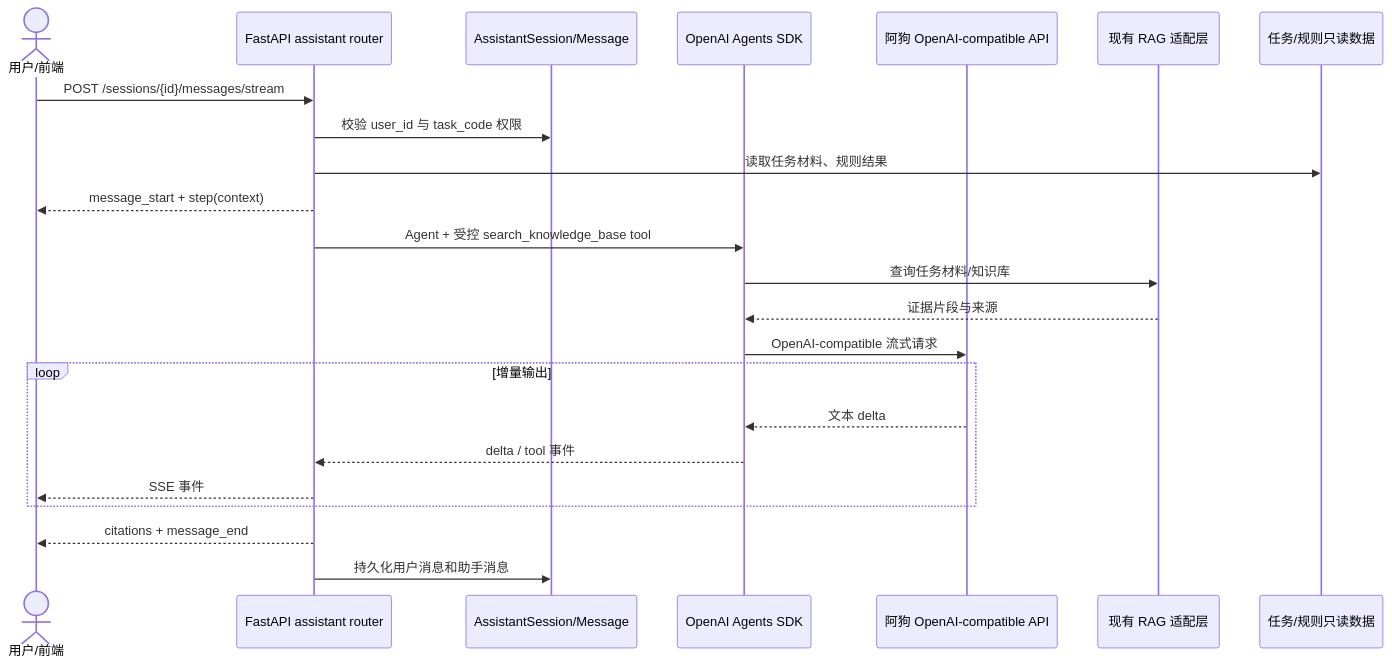
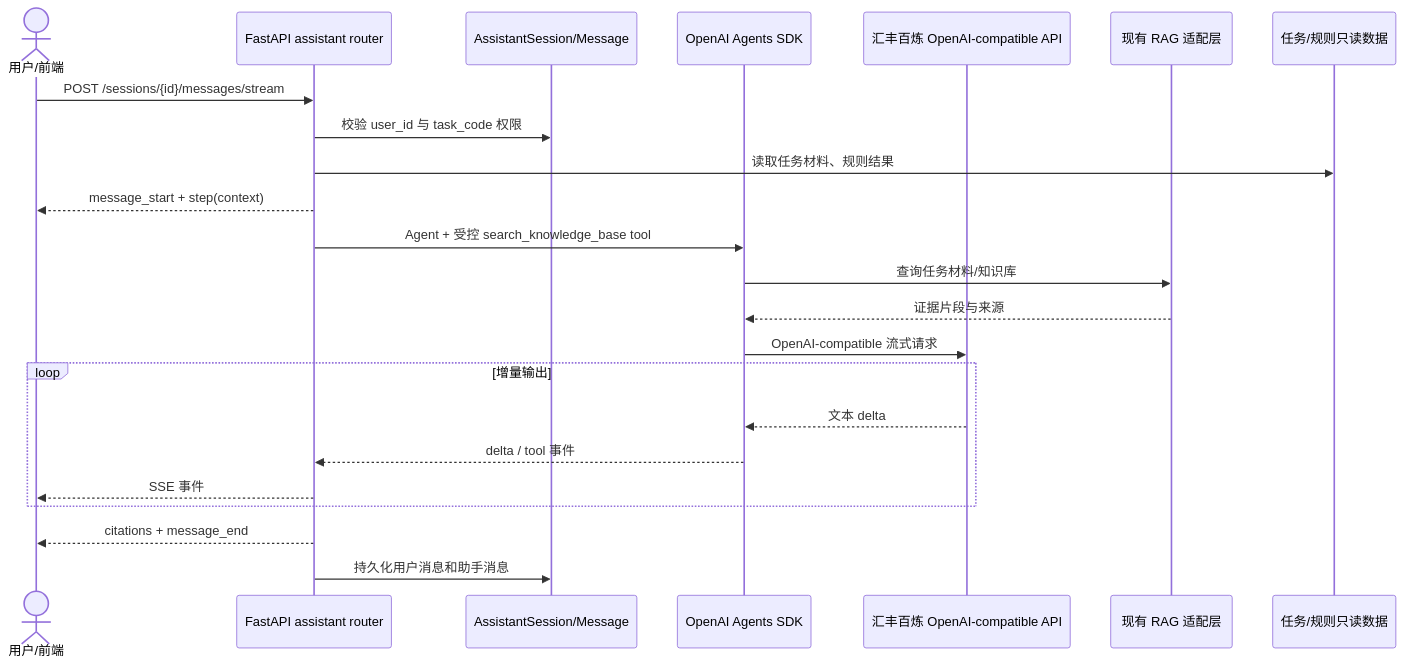
The diagram in docs/ai-assistant/README.md (HBCN-AI-Campaign/HBCN-AI-Campaign-Team8), drawn with Mermaid before and after one commit. The commit also changed other lines of this file and 20 other files, not shown here.

````diff
--- a/docs/ai-assistant/README.md
+++ b/docs/ai-assistant/README.md
@@ -78,26 +78,26 @@
 ```mermaid
 sequenceDiagram
     actor U as 用户/前端
     participant API as FastAPI assistant router
     participant DB as AssistantSession/Message
     participant Agent as OpenAI Agents SDK
-    participant GW as 阿狗 OpenAI-compatible API
+    participant GW as 汇丰百炼 OpenAI-compatible API
     participant RAG as 现有 RAG 适配层
     participant Task as 任务/规则只读数据
 
     U->>API: POST /sessions/{id}/messages/stream
     API->>DB: 校验 user_id 与 task_code 权限
     API->>Task: 读取任务材料、规则结果
     API-->>U: message_start + step(context)
     API->>Agent: Agent + 受控 search_knowledge_base tool
     Agent->>RAG: 查询任务材料/知识库
     RAG-->>Agent: 证据片段与来源
     Agent->>GW: OpenAI-compatible 流式请求
     loop 增量输出
         GW-->>Agent: 文本 delta
         Agent-->>API: delta / tool 事件
         API-->>U: SSE 事件
     end
     API-->>U: citations + message_end
     API->>DB: 持久化用户消息和助手消息
 ```
````
